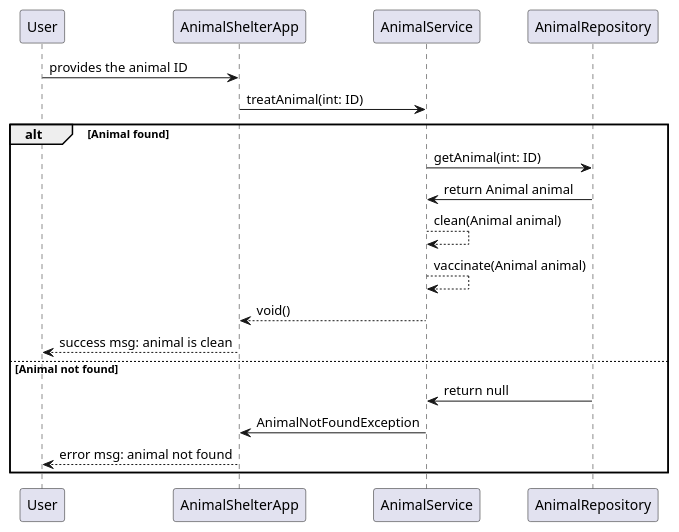
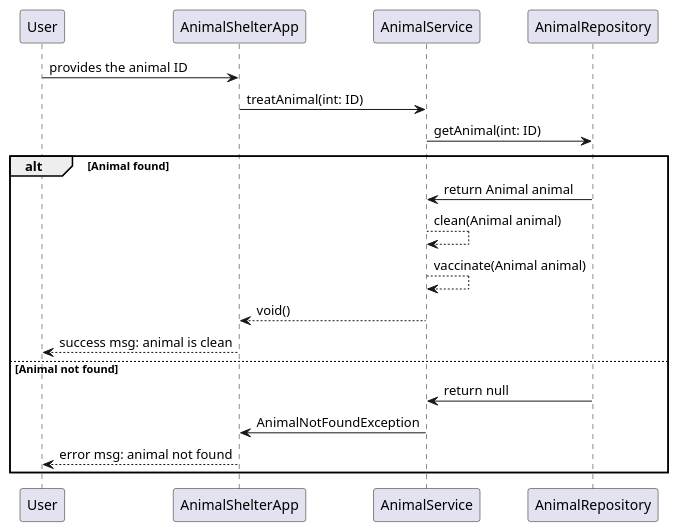
One commit to RaphaelZintec/AnimalShelterTest changed the diagram in analysis/sequence_treatanimals.puml. Above: the diagram before and after it, drawn with PlantUML. The commit also changed other lines of this file and 5 other files, not shown here.

Commit message:
sequence diagram update

```diff
--- a/analysis/sequence_treatanimals.puml
+++ b/analysis/sequence_treatanimals.puml
@@ -1,19 +1,19 @@
 @startuml
 
 User -> AnimalShelterApp : provides the animal ID
 AnimalShelterApp -> AnimalService : treatAnimal(int: ID)
+AnimalService -> AnimalRepository : getAnimal(int: ID)
 
 alt Animal found
-AnimalService -> AnimalRepository : getAnimal(int: ID)
 AnimalService <- AnimalRepository : return Animal animal
 AnimalService --> AnimalService : clean(Animal animal)
 AnimalService --> AnimalService : vaccinate(Animal animal)
 AnimalShelterApp <-- AnimalService : void()
 User <-- AnimalShelterApp : success msg: animal is clean
 else Animal not found
 AnimalService <- AnimalRepository : return null
 AnimalShelterApp <- AnimalService : AnimalNotFoundException
 User <-- AnimalShelterApp : error msg: animal not found
 end
 
 @enduml
```
